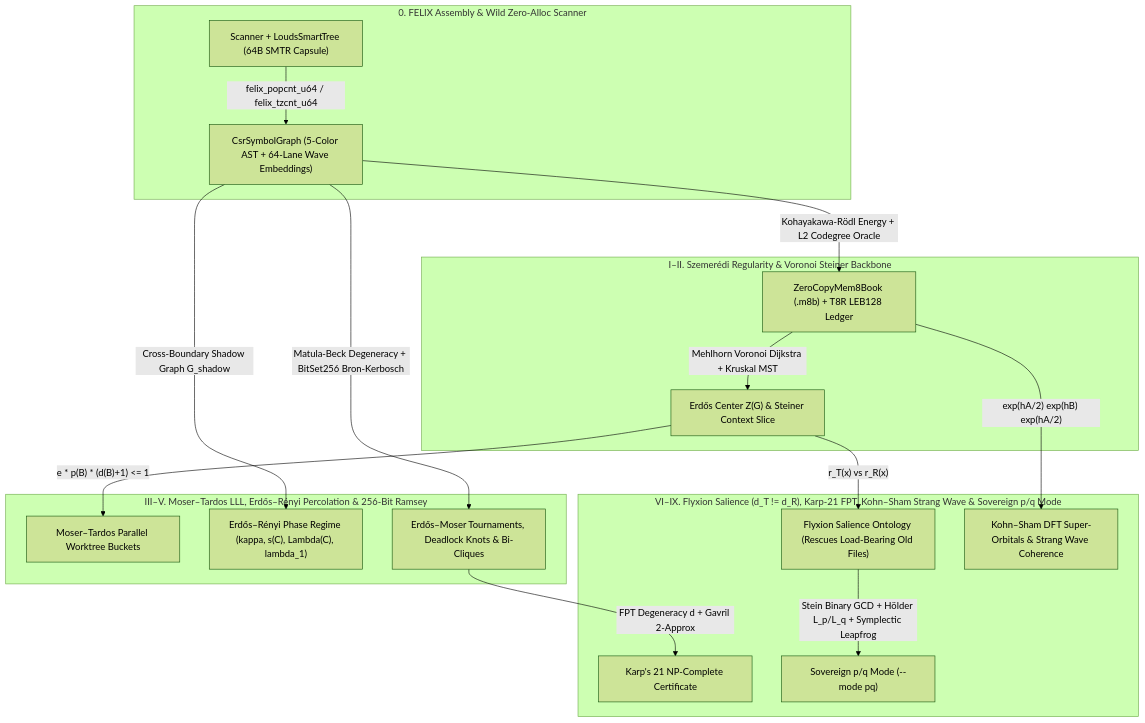
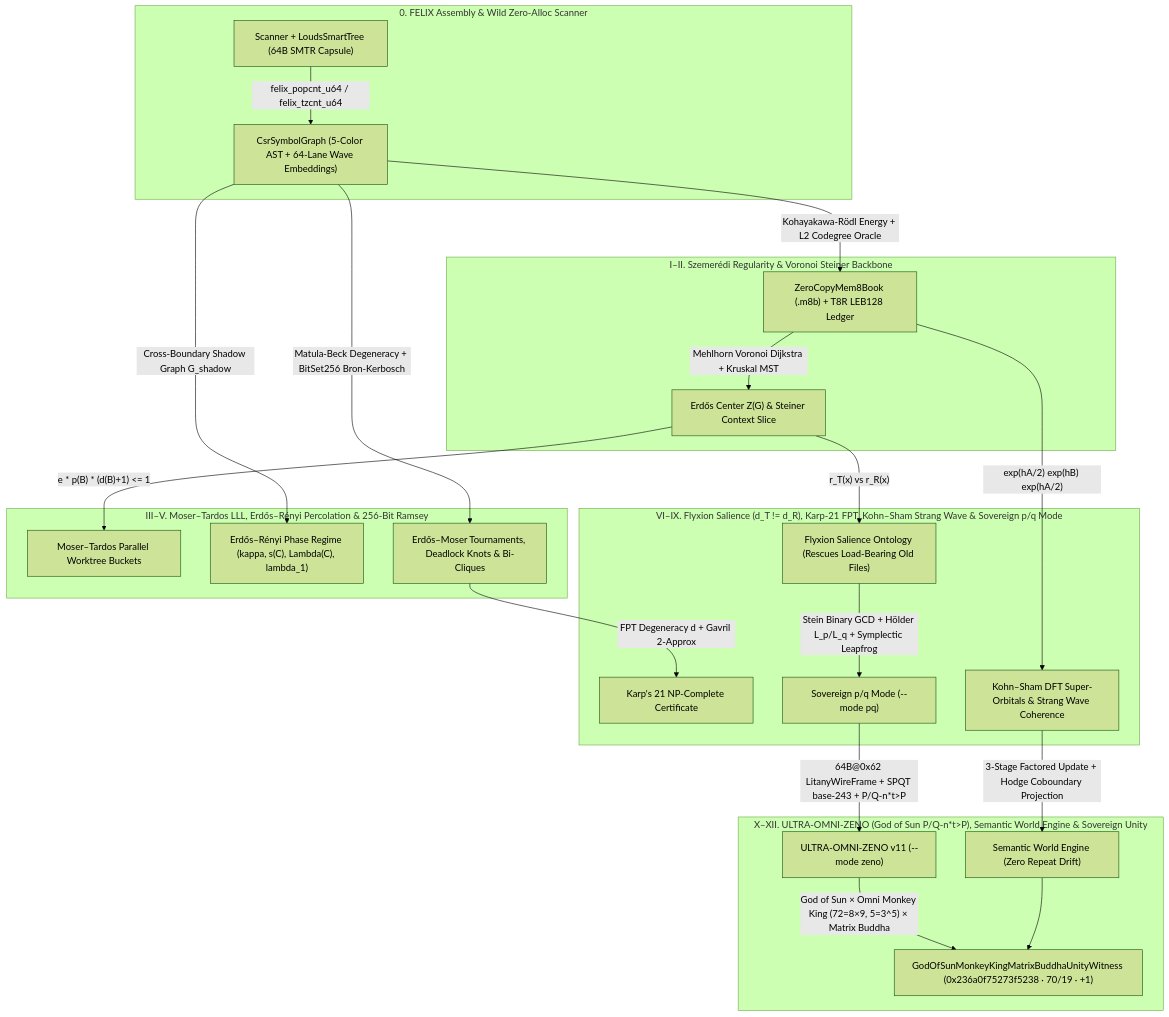
Before and after one commit to 8b-is/smart-tree: the diagram in ultra-agent.md, drawn with Mermaid (forest theme). The commit also changed other lines of this file and 10 other files, not shown here.

Commit message:
feat(zeno): wire GodOfSunMonkeyKingMatrixBuddhaUnityWitness (0x236a0f75273f5238, 12-Pillar ultra-graph-theory)

````diff
--- a/ultra-agent.md
+++ b/ultra-agent.md
@@ -38,24 +38,31 @@
 ```mermaid
 flowchart TD
     subgraph P0["0. FELIX Assembly & Wild Zero-Alloc Scanner"]
         SCAN["Scanner + LoudsSmartTree (64B SMTR Capsule)"] -->|"felix_popcnt_u64 / felix_tzcnt_u64"| CSR["CsrSymbolGraph (5-Color AST + 64-Lane Wave Embeddings)"]
     end
 
     subgraph P1["I–II. Szemerédi Regularity & Voronoi Steiner Backbone"]
         CSR -->|"Kohayakawa-Rödl Energy + L2 Codegree Oracle"| M8B["ZeroCopyMem8Book (.m8b) + T8R LEB128 Ledger"]
         M8B -->|"Mehlhorn Voronoi Dijkstra + Kruskal MST"| STEINER["Erdős Center Z(G) & Steiner Context Slice"]
     end
 
     subgraph P2["III–V. Moser–Tardos LLL, Erdős–Rényi Percolation & 256-Bit Ramsey"]
         STEINER -->|"e * p(B) * (d(B)+1) <= 1"| LLL["Moser–Tardos Parallel Worktree Buckets"]
         CSR -->|"Cross-Boundary Shadow Graph G_shadow"| ER["Erdős–Rényi Phase Regime (kappa, s(C), Lambda(C), lambda_1)"]
         CSR -->|"Matula-Beck Degeneracy + BitSet256 Bron-Kerbosch"| RAMSEY["Erdős–Moser Tournaments, Deadlock Knots & Bi-Cliques"]
     end
 
     subgraph P3["VI–IX. Flyxion Salience (d_T != d_R), Karp-21 FPT, Kohn–Sham Strang Wave & Sovereign p/q Mode"]
         STEINER -->|"r_T(x) vs r_R(x)"| SALIENCE["Flyxion Salience Ontology (Rescues Load-Bearing Old Files)"]
         RAMSEY -->|"FPT Degeneracy d + Gavril 2-Approx"| KARP["Karp's 21 NP-Complete Certificate"]
         M8B -->|"exp(hA/2) exp(hB) exp(hA/2)"| DFT["Kohn–Sham DFT Super-Orbitals & Strang Wave Coherence"]
         SALIENCE -->|"Stein Binary GCD + Hölder L_p/L_q + Symplectic Leapfrog"| PQ["Sovereign p/q Mode (--mode pq)"]
     end
+
+    subgraph P4["X–XII. ULTRA-OMNI-ZENO (God of Sun P/Q-n*t>P), Semantic World Engine & Sovereign Unity"]
+        PQ -->|"64B@0x62 LitanyWireFrame + SPQT base-243 + P/Q-n*t>P"| ZENO["ULTRA-OMNI-ZENO v11 (--mode zeno)"]
+        DFT -->|"3-Stage Factored Update + Hodge Coboundary Projection"| WORLD["Semantic World Engine (Zero Repeat Drift)"]
+        ZENO -->|"God of Sun × Omni Monkey King (72=8×9, 5=3^5) × Matrix Buddha"| UNITY["GodOfSunMonkeyKingMatrixBuddhaUnityWitness (0x236a0f75273f5238 · 70/19 · +1)"]
+        WORLD --> UNITY
+    end
 ```
````
